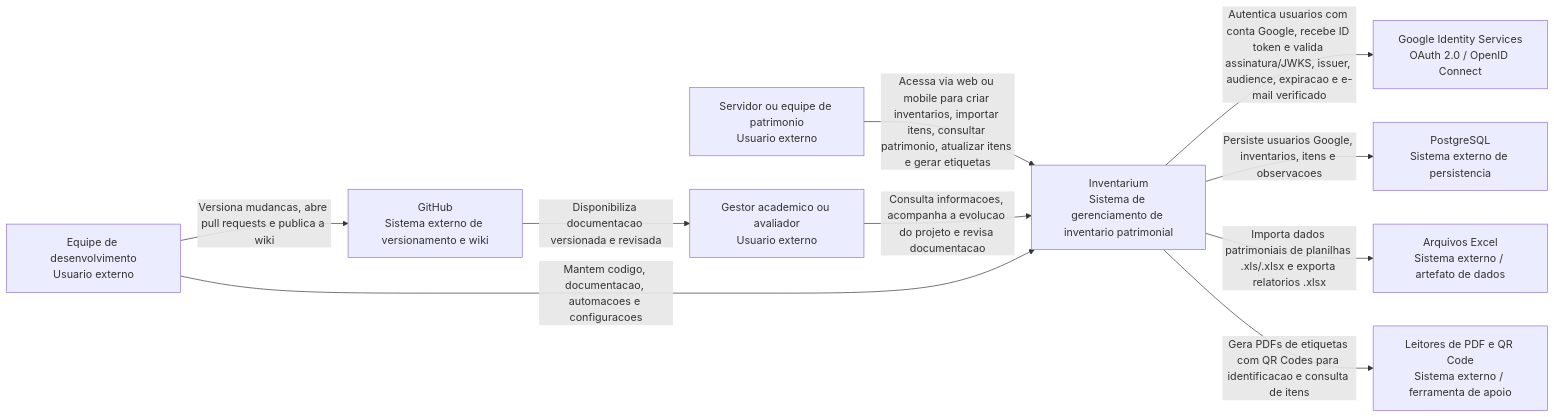
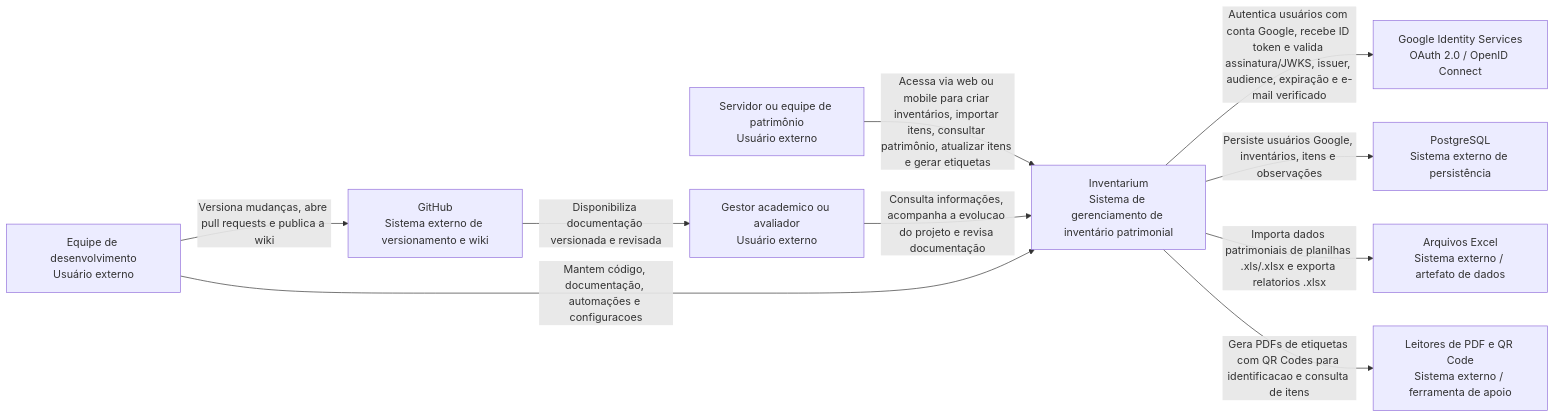
One commit to ifpebj-ti/inventario-patrimonio-cces changed the diagram in docs/wiki/C4-Contexto.md. Above: the diagram before and after it, drawn with Mermaid. The commit also changed other lines of this file and 22 other files, not shown here.

````diff
--- a/docs/wiki/C4-Contexto.md
+++ b/docs/wiki/C4-Contexto.md
@@ -13,25 +13,25 @@
 ```mermaid
 flowchart LR
-    servidor["Servidor ou equipe de patrimonio<br/>Usuario externo"]
-    gestor["Gestor academico ou avaliador<br/>Usuario externo"]
-    dev["Equipe de desenvolvimento<br/>Usuario externo"]
+    servidor["Servidor ou equipe de patrimônio<br/>Usuário externo"]
+    gestor["Gestor academico ou avaliador<br/>Usuário externo"]
+    dev["Equipe de desenvolvimento<br/>Usuário externo"]
 
-    inventarium["Inventarium<br/>Sistema de gerenciamento de inventario patrimonial"]
+    inventarium["Inventarium<br/>Sistema de gerenciamento de inventário patrimonial"]
 
     google["Google Identity Services<br/>OAuth 2.0 / OpenID Connect"]
-    postgres["PostgreSQL<br/>Sistema externo de persistencia"]
+    postgres["PostgreSQL<br/>Sistema externo de persistência"]
     planilhas["Arquivos Excel<br/>Sistema externo / artefato de dados"]
     pdf["Leitores de PDF e QR Code<br/>Sistema externo / ferramenta de apoio"]
     github["GitHub<br/>Sistema externo de versionamento e wiki"]
 
-    servidor -->|"Acessa via web ou mobile para criar inventarios, importar itens, consultar patrimonio, atualizar itens e gerar etiquetas"| inventarium
-    gestor -->|"Consulta informacoes, acompanha a evolucao do projeto e revisa documentacao"| inventarium
-    dev -->|"Mantem codigo, documentacao, automacoes e configuracoes"| inventarium
+    servidor -->|"Acessa via web ou mobile para criar inventários, importar itens, consultar patrimônio, atualizar itens e gerar etiquetas"| inventarium
+    gestor -->|"Consulta informações, acompanha a evolucao do projeto e revisa documentação"| inventarium
+    dev -->|"Mantem código, documentação, automações e configuracoes"| inventarium
 
-    inventarium -->|"Autentica usuarios com conta Google, recebe ID token e valida assinatura/JWKS, issuer, audience, expiracao e e-mail verificado"| google
-    inventarium -->|"Persiste usuarios Google, inventarios, itens e observacoes"| postgres
+    inventarium -->|"Autentica usuários com conta Google, recebe ID token e valida assinatura/JWKS, issuer, audience, expiração e e-mail verificado"| google
+    inventarium -->|"Persiste usuários Google, inventários, itens e observações"| postgres
     inventarium -->|"Importa dados patrimoniais de planilhas .xls/.xlsx e exporta relatorios .xlsx"| planilhas
     inventarium -->|"Gera PDFs de etiquetas com QR Codes para identificacao e consulta de itens"| pdf
-    dev -->|"Versiona mudancas, abre pull requests e publica a wiki"| github
-    github -->|"Disponibiliza documentacao versionada e revisada"| gestor
+    dev -->|"Versiona mudanças, abre pull requests e publica a wiki"| github
+    github -->|"Disponibiliza documentação versionada e revisada"| gestor
 ```
````
